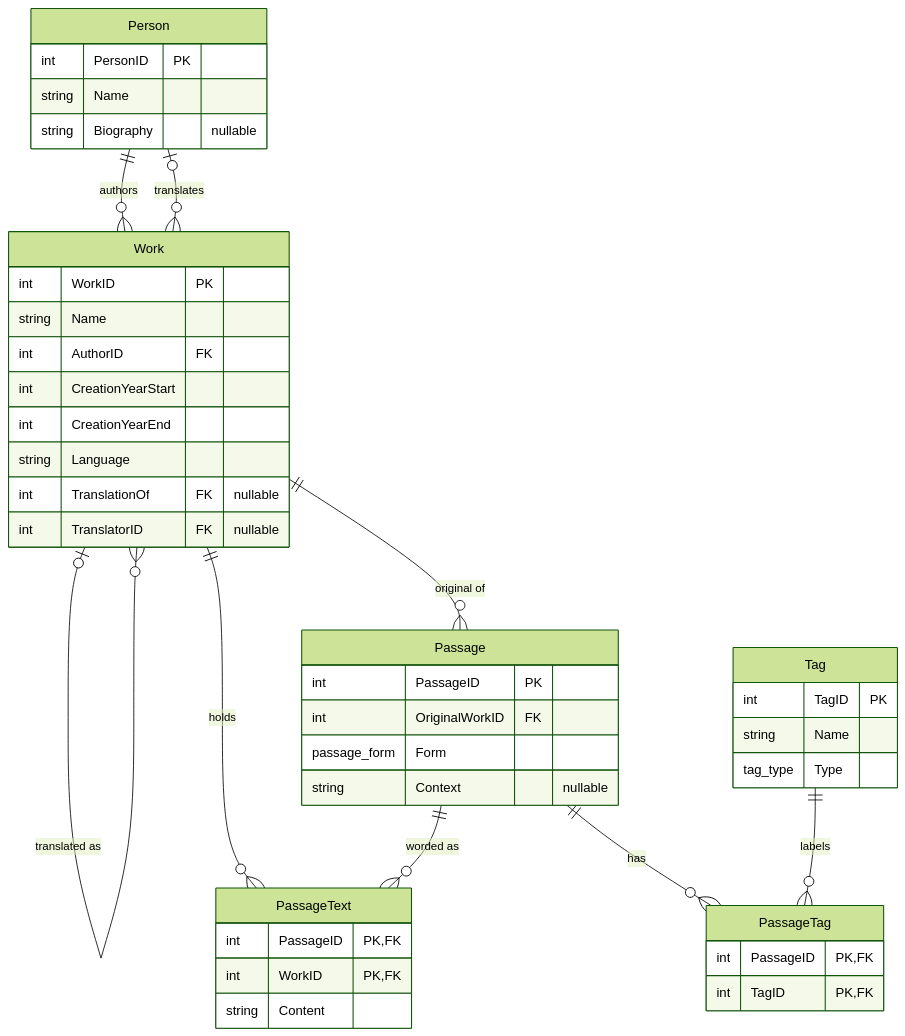
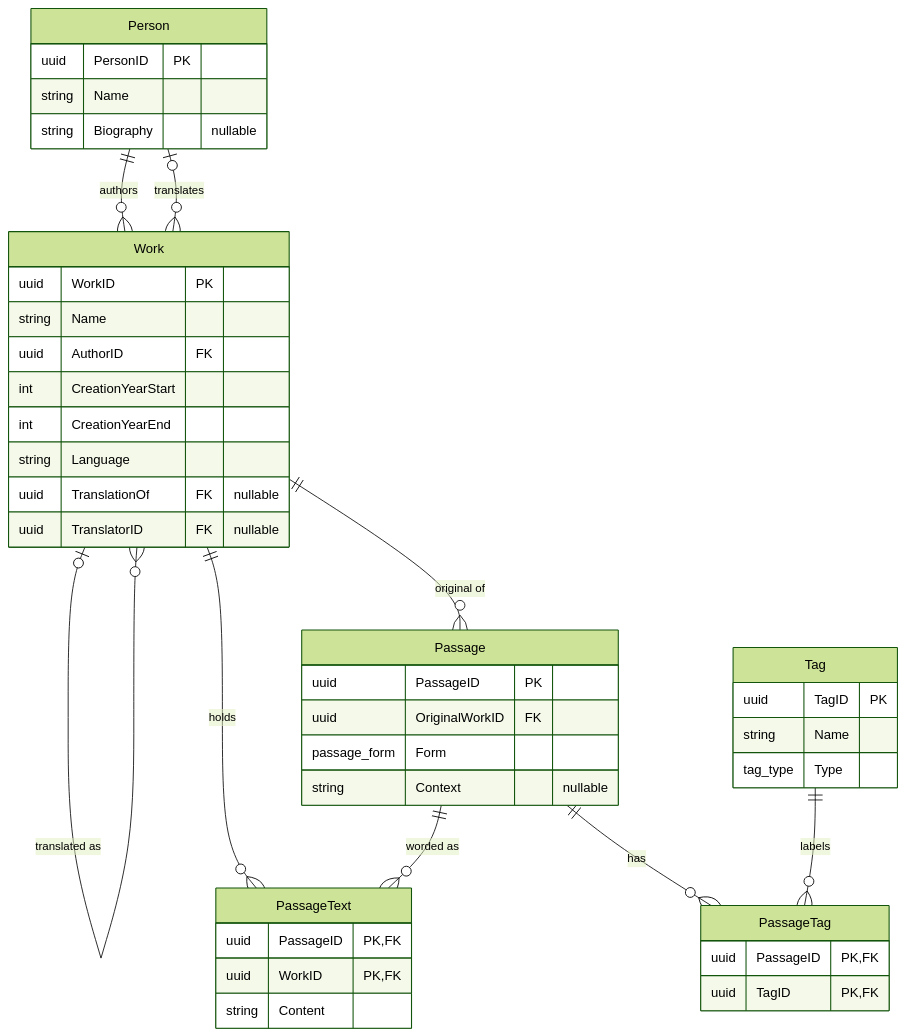
Before and after one commit to LucIlin/rites: the diagram in docs/02-data-model.md, drawn with Mermaid (forest theme). The commit also changed other lines of this file and 2 other files, not shown here.

````diff
--- a/docs/02-data-model.md
+++ b/docs/02-data-model.md
@@ -20,47 +22,47 @@
 ```mermaid
 erDiagram
     Person ||--o{ Work : "authors"
     Person |o--o{ Work : "translates"
     Work |o--o{ Work : "translated as"
     Work ||--o{ Passage : "original of"
     Work ||--o{ PassageText : "holds"
     Passage ||--o{ PassageText : "worded as"
     Passage ||--o{ PassageTag : has
     Tag ||--o{ PassageTag : labels
 
     Person {
-        int PersonID PK
+        uuid PersonID PK
         string Name
         string Biography "nullable"
     }
     Work {
-        int WorkID PK
+        uuid WorkID PK
         string Name
-        int AuthorID FK
+        uuid AuthorID FK
         int CreationYearStart
         int CreationYearEnd
         string Language
-        int TranslationOf FK "nullable"
-        int TranslatorID FK "nullable"
+        uuid TranslationOf FK "nullable"
+        uuid TranslatorID FK "nullable"
     }
     Passage {
-        int PassageID PK
-        int OriginalWorkID FK
+        uuid PassageID PK
+        uuid OriginalWorkID FK
         passage_form Form
         string Context "nullable"
     }
     PassageText {
-        int PassageID PK, FK
-        int WorkID PK, FK
+        uuid PassageID PK, FK
+        uuid WorkID PK, FK
         string Content
     }
     Tag {
-        int TagID PK
+        uuid TagID PK
         string Name
         tag_type Type
     }
     PassageTag {
-        int PassageID PK, FK
-        int TagID PK, FK
+        uuid PassageID PK, FK
+        uuid TagID PK, FK
     }
 ```
````
